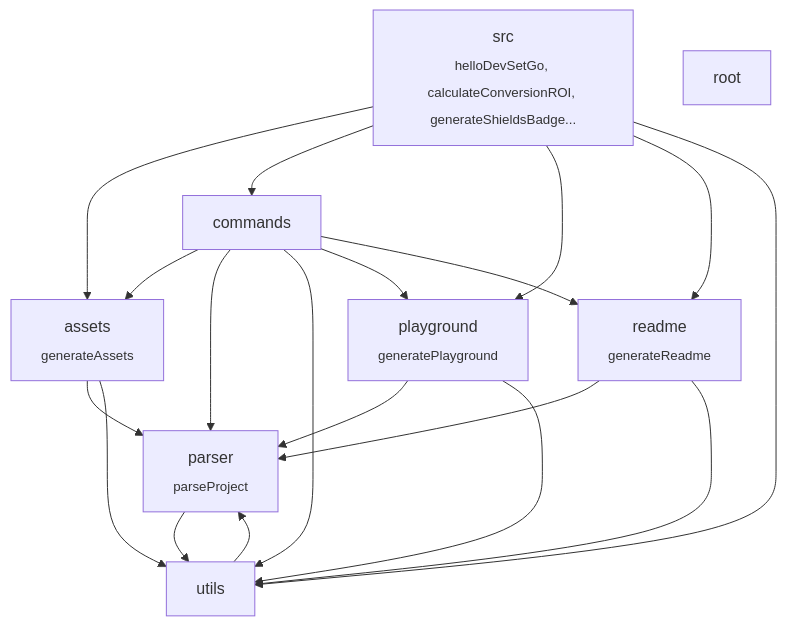
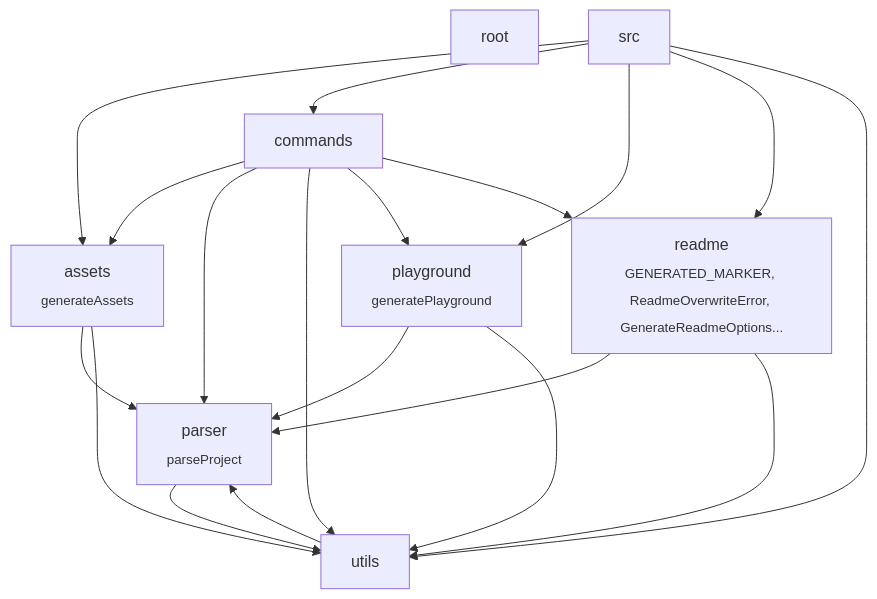
Before and after one commit to abdullahbilal-y/devsetgo: the diagram in README.md, drawn with Mermaid. The commit also changed other lines of this file and 60 other files, not shown here.

````diff
--- a/README.md
+++ b/README.md
@@ -49,29 +50,29 @@
 ```mermaid
 graph TB
+    root["root"]
     assets["assets<br/><sub>generateAssets</sub>"]
-    src["src<br/><sub>helloDevSetGo, calculateConversionROI, generateShieldsBadge...</sub>"]
+    src["src"]
     commands["commands"]
     parser["parser<br/><sub>parseProject</sub>"]
     playground["playground<br/><sub>generatePlayground</sub>"]
-    readme["readme<br/><sub>generateReadme</sub>"]
+    readme["readme<br/><sub>GENERATED_MARKER, ReadmeOverwriteError, GenerateReadmeOptions...</sub>"]
     utils["utils"]
-    root["root"]
     assets --> parser
     assets --> utils
     src --> assets
     src --> commands
     src --> playground
     src --> readme
     src --> utils
     commands --> assets
     commands --> parser
     commands --> utils
     commands --> playground
     commands --> readme
     parser --> utils
     playground --> parser
     playground --> utils
     readme --> parser
     readme --> utils
     utils --> parser
 ```
````
